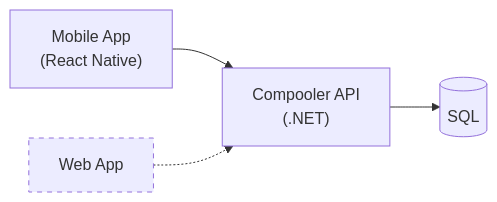
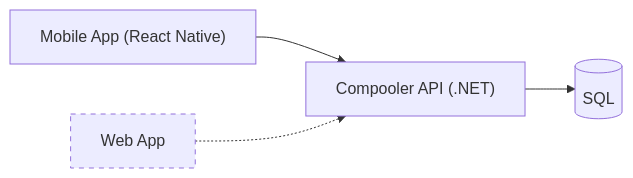
One commit to BenasB/compooler changed the diagram in docs/initial.md. Above: the diagram before and after it, drawn with Mermaid.

````diff
--- a/docs/initial.md
+++ b/docs/initial.md
@@ -43,9 +43,7 @@
 ```mermaid
 graph LR;
-    A["Mobile App
-    (React Native)"]-->C["Compooler API
-    (.NET)"];
+    A["Mobile App (React Native)"]-->C["Compooler API (.NET)"];
     B[Web App]-.->C;
     style B stroke-dasharray: 5
     C --> D[(SQL)]
 ```
````
